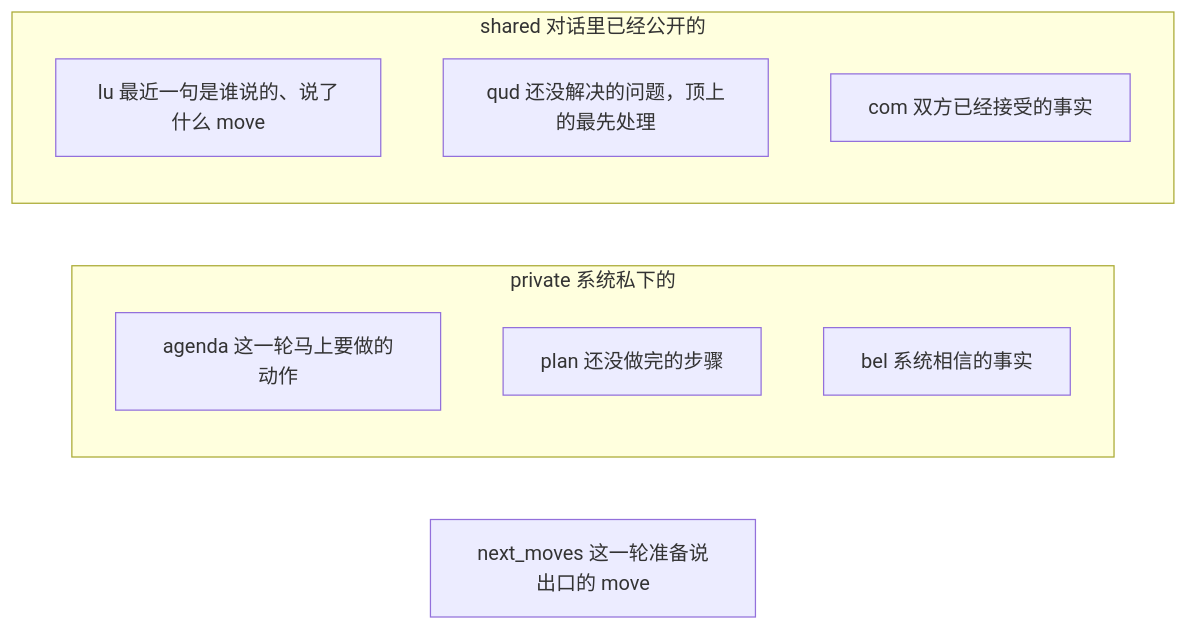
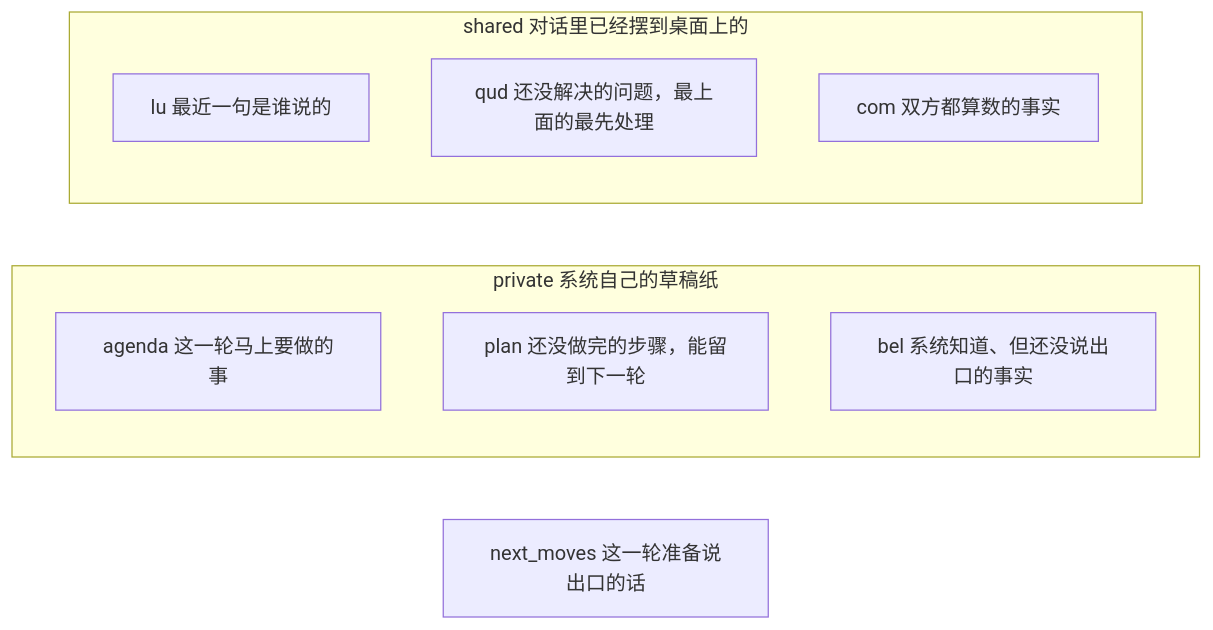
One commit to GU-CLASP/dialogue-systems-2-2026 changed the third of 5 diagrams in Docs/Lab2/README.md. Above: the diagram before and after it, drawn with Mermaid. The commit also changed other lines of this file and 11 other files, not shown here.

````diff
--- a/Docs/Lab2/README.md
+++ b/Docs/Lab2/README.md
@@ -98,14 +96,14 @@
 ```mermaid
 flowchart LR
-  subgraph privateBox [private 系统私下的]
-    agenda["agenda 这一轮马上要做的动作"]
-    plan["plan 还没做完的步骤"]
-    bel["bel 系统相信的事实"]
+  subgraph privateBox [private 系统自己的草稿纸]
+    agenda["agenda 这一轮马上要做的事"]
+    plan["plan 还没做完的步骤，能留到下一轮"]
+    bel["bel 系统知道、但还没说出口的事实"]
   end
-  subgraph sharedBox [shared 对话里已经公开的]
-    lu["lu 最近一句是谁说的、说了什么 move"]
-    qud["qud 还没解决的问题，顶上的最先处理"]
-    com["com 双方已经接受的事实"]
+  subgraph sharedBox [shared 对话里已经摆到桌面上的]
+    lu["lu 最近一句是谁说的"]
+    qud["qud 还没解决的问题，最上面的最先处理"]
+    com["com 双方都算数的事实"]
   end
-  next["next_moves 这一轮准备说出口的 move"]
+  next["next_moves 这一轮准备说出口的话"]
 ```
````
